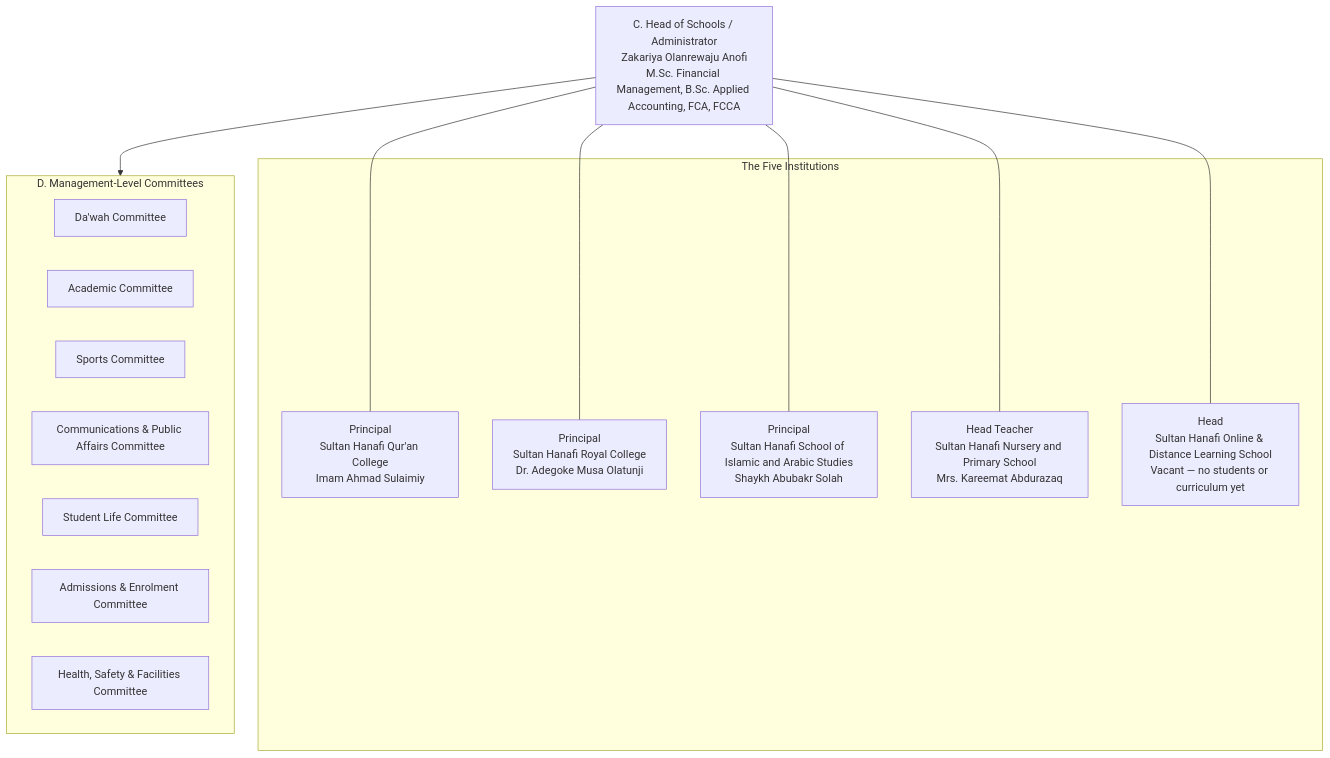
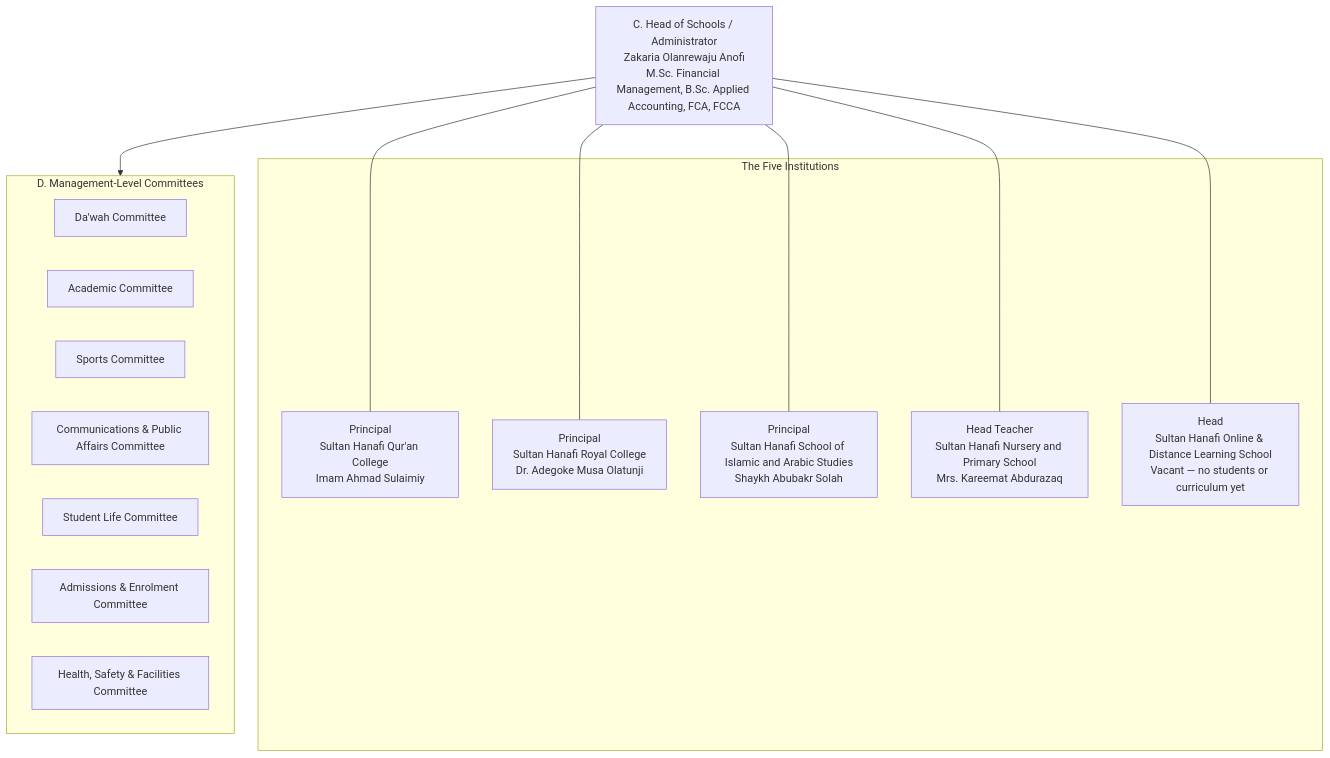
One commit to ahmadsulaimiy1/Sultan- changed the third of 4 diagrams in docs/organisational-structure-manual.md. Above: the diagram before and after it, drawn with Mermaid. The commit also changed other lines of this file and 184 other files, not shown here.

````diff
--- a/docs/organisational-structure-manual.md
+++ b/docs/organisational-structure-manual.md
@@ -177,29 +177,29 @@
 ```mermaid
 flowchart TD
-  HoS["C. Head of Schools / Administrator<br/>Zakariya Olanrewaju Anofi<br/>M.Sc. Financial Management, B.Sc. Applied Accounting, FCA, FCCA"]
+  HoS["C. Head of Schools / Administrator<br/>Zakaria Olanrewaju Anofi<br/>M.Sc. Financial Management, B.Sc. Applied Accounting, FCA, FCCA"]
 
   subgraph Institutions["The Five Institutions"]
     P1["Principal<br/>Sultan Hanafi Qur'an College<br/>Imam Ahmad Sulaimiy"]
     P2["Principal<br/>Sultan Hanafi Royal College<br/>Dr. Adegoke Musa Olatunji"]
     P3["Principal<br/>Sultan Hanafi School of Islamic and Arabic Studies<br/>Shaykh Abubakr Solah"]
     P4["Head Teacher<br/>Sultan Hanafi Nursery and Primary School<br/>Mrs. Kareemat Abdurazaq"]
     P5["Head<br/>Sultan Hanafi Online &amp; Distance Learning School<br/>Vacant — no students or curriculum yet"]
   end
 
   subgraph D["D. Management-Level Committees"]
     DW["Da'wah Committee"]
     AC["Academic Committee"]
     SP["Sports Committee"]
     CPA["Communications &amp; Public Affairs Committee"]
     SL["Student Life Committee"]
     AE["Admissions &amp; Enrolment Committee"]
     HSF["Health, Safety &amp; Facilities Committee"]
   end
 
   HoS --- P1
   HoS --- P2
   HoS --- P3
   HoS --- P4
   HoS --- P5
   HoS --> D
 ```
````
